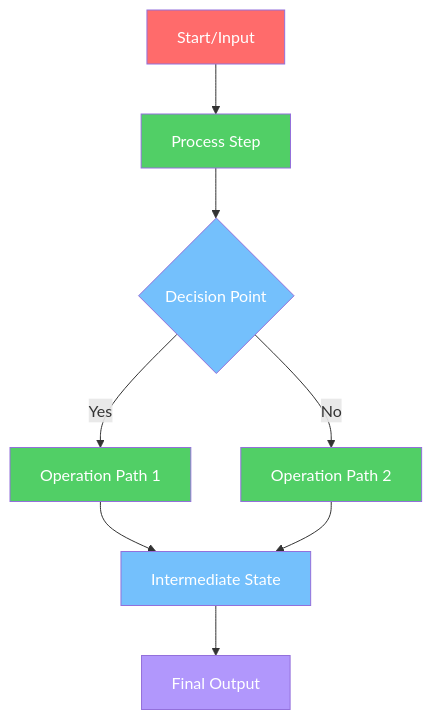
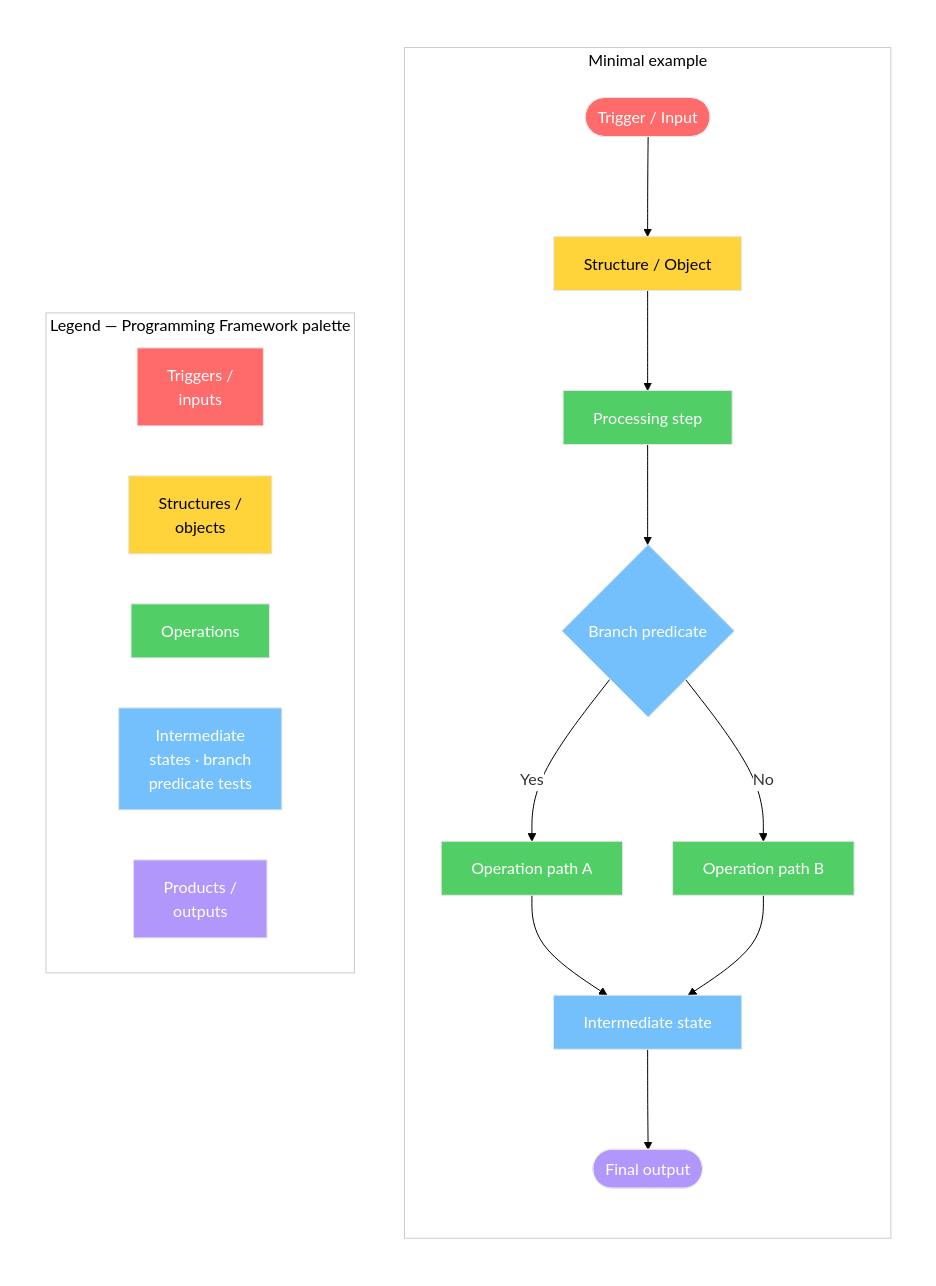
One commit to garywelz/progframe changed the first of 4 diagrams in papers/programming-framework-paper/current-draft.md. Above: the diagram before and after it, drawn with Mermaid. The commit also changed other lines of this file and 4 other files, not shown here.

First line of the commit message:
Paper: Figure 1 stacked legend, white cluster background, refresh PDF

````diff
--- a/papers/programming-framework-paper/current-draft.md
+++ b/papers/programming-framework-paper/current-draft.md
@@ -231,18 +231,44 @@
 ```mermaid
-flowchart TD
-A[Start/Input] --> B[Process Step]
-B --> C{Decision Point}
+%%{init:{'theme':'base','themeVariables':{'background':'#ffffff','clusterBkg':'#ffffff','clusterBorder':'#cccccc','mainBkg':'#ffffff','primaryColor':'#ffffff','secondaryColor':'#ffffff','tertiaryColor':'#ffffff'}}}%%
+flowchart TB
+  subgraph STACK[" "]
+    direction TB
+    subgraph MAIN["Minimal example"]
+      direction TB
+      A([Trigger / Input]) --> Y[Structure / Object]
+      Y --> B[Processing step]
+      B --> C{Branch predicate}
+      C -->|Yes| D[Operation path A]
+      C -->|"No"| E[Operation path B]
+      D --> F[Intermediate state]
+      E --> F
+      F --> OUT([Final output])
+    end
+    subgraph LEG["Legend — Programming Framework palette"]
+      direction LR
+      LG_R[Triggers /<br/>inputs]
+      LG_Y[Structures /<br/>objects]
+      LG_G[Operations]
+      LG_B[Intermediate<br/>states · branch<br/>predicate tests]
+      LG_V[Products /<br/>outputs]
+    end
+  end
 
-C -->|Yes| D[Operation Path 1]
-C -->|No| E[Operation Path 2]
-D --> F[Intermediate State]
-E --> F
-F --> G[Final Output]
+style STACK fill:#ffffff,stroke:none
+style MAIN fill:#ffffff,stroke:#cccccc
+style LEG fill:#ffffff,stroke:#cccccc
+
 style A fill:#ff6b6b,color:#fff
+style OUT fill:#b197fc,color:#fff
+style Y fill:#ffd43b,color:#000
 style B fill:#51cf66,color:#fff
 style C fill:#74c0fc,color:#fff
 style D fill:#51cf66,color:#fff
 style E fill:#51cf66,color:#fff
 style F fill:#74c0fc,color:#fff
-style G fill:#b197fc,color:#fff
+style LG_R fill:#ff6b6b,color:#fff
+style LG_Y fill:#ffd43b,color:#000
+style LG_G fill:#51cf66,color:#fff
+style LG_B fill:#74c0fc,color:#fff
+style LG_V fill:#b197fc,color:#fff
 ```
````
